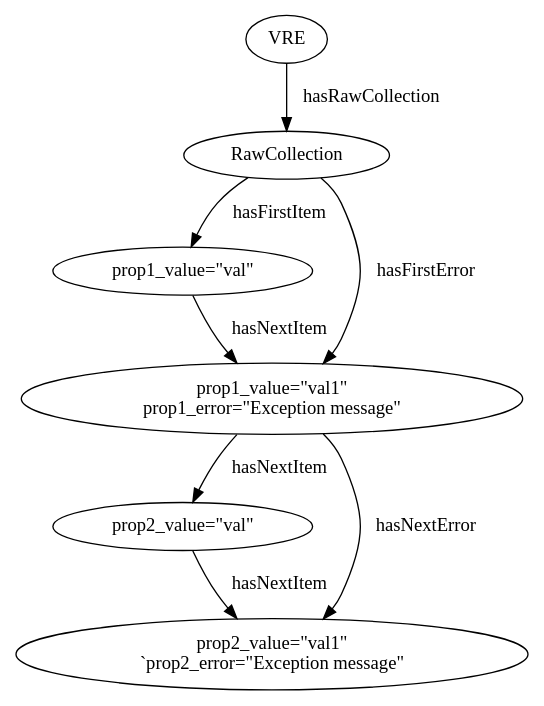
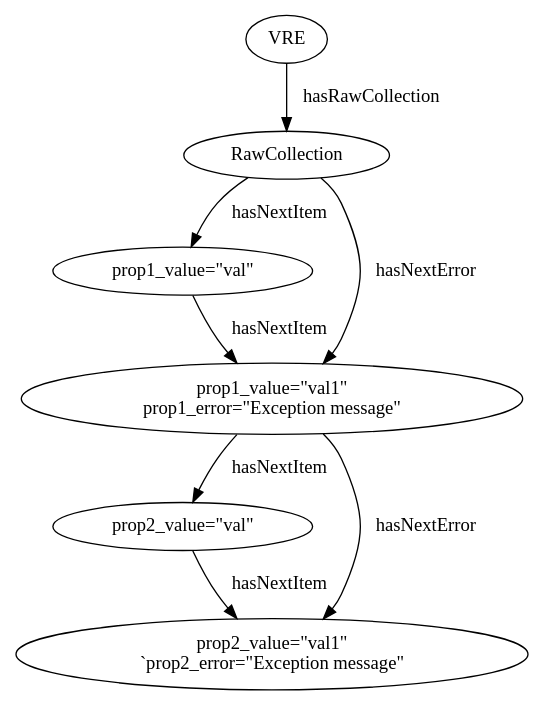
The diagram in timbuctoo-instancev4/docs/images/rml_exception_mapping.dot (HuygensING/timbuctoo), drawn with Graphviz before and after one commit. The commit also changed 6 other files, not shown here.

```diff
--- a/timbuctoo-instancev4/docs/images/rml_exception_mapping.dot
+++ b/timbuctoo-instancev4/docs/images/rml_exception_mapping.dot
@@ -1,15 +1,15 @@
 digraph {
   VRE
   RawCollection
   VRE -> RawCollection [label="hasRawCollection"]
   RawItem1 [label="prop1_value=\"val\""]
-  RawCollection -> RawItem1 [label="hasFirstItem"]
+  RawCollection -> RawItem1 [label="hasNextItem"]
   RawItem2 [label="prop1_value=\"val1\"\nprop1_error=\"Exception message\""]
   RawItem1 -> RawItem2 [label="hasNextItem"]
-  RawCollection -> RawItem2 [label="hasFirstError"]
+  RawCollection -> RawItem2 [label="hasNextError"]
   RawItem3 [label="prop2_value=\"val\""]
   RawItem2 -> RawItem3 [label="hasNextItem"]
   RawItem4 [label="prop2_value=\"val1\"\n`prop2_error=\"Exception message\""]
   RawItem3 -> RawItem4 [label="hasNextItem"]
   RawItem2 -> RawItem4 [label="hasNextError"]
 }
```
